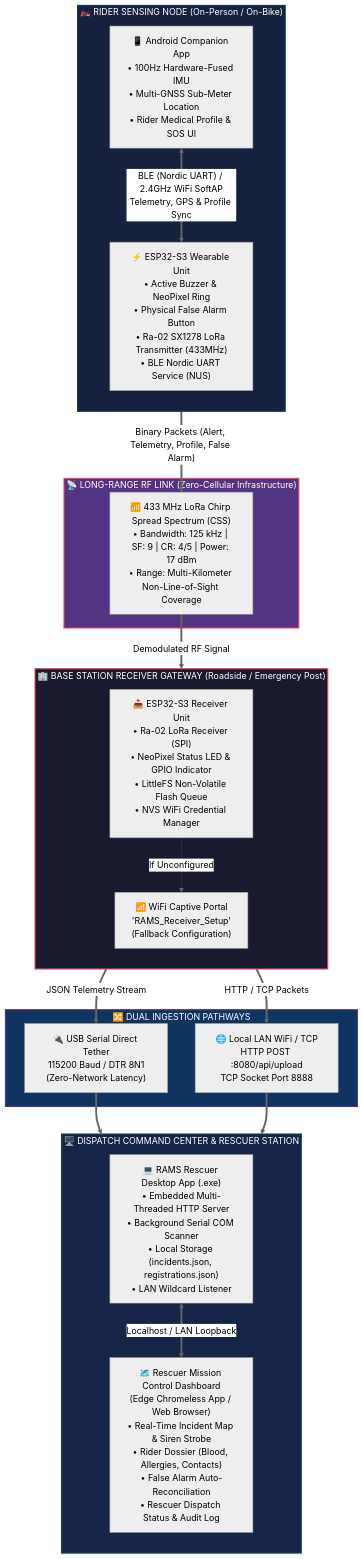
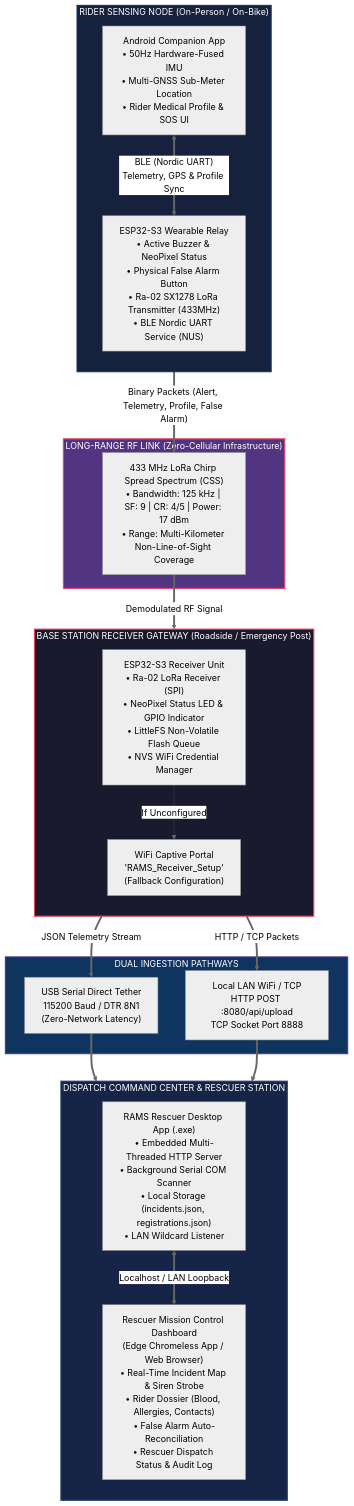
Before and after one commit to JanClyde05/Road-Accident-Monitoring-System: the first of 7 diagrams in docs/MD Files/System_Flow_Flowchart.md, drawn with Mermaid (neutral theme). The commit also changed other lines of this file and 22 other files, not shown here.

````diff
--- a/docs/MD Files/System_Flow_Flowchart.md
+++ b/docs/MD Files/System_Flow_Flowchart.md
@@ -13,45 +21,45 @@
 ```mermaid
 flowchart TB
-    subgraph SENSING_NODE["🏍️ RIDER SENSING NODE (On-Person / On-Bike)"]
+    subgraph SENSING_NODE["RIDER SENSING NODE (On-Person / On-Bike)"]
         direction TB
-        PHONE["📱 Android Companion App\n• 100Hz Hardware-Fused IMU\n• Multi-GNSS Sub-Meter Location\n• Rider Medical Profile & SOS UI"]
-        WEARABLE["⚡ ESP32-S3 Wearable Unit\n• Active Buzzer & NeoPixel Ring\n• Physical False Alarm Button\n• Ra-02 SX1278 LoRa Transmitter (433MHz)\n• BLE Nordic UART Service (NUS)"]
-        PHONE <== "BLE (Nordic UART) / 2.4GHz WiFi SoftAP\nTelemetry, GPS & Profile Sync" ==> WEARABLE
+        PHONE["Android Companion App\n• 50Hz Hardware-Fused IMU\n• Multi-GNSS Sub-Meter Location\n• Rider Medical Profile & SOS UI"]
+        WEARABLE["ESP32-S3 Wearable Relay\n• Active Buzzer & NeoPixel Status\n• Physical False Alarm Button\n• Ra-02 SX1278 LoRa Transmitter (433MHz)\n• BLE Nordic UART Service (NUS)"]
+        PHONE <== "BLE (Nordic UART)\nTelemetry, GPS & Profile Sync" ==> WEARABLE
     end
 
-    subgraph RF_TRANSMISSION["📡 LONG-RANGE RF LINK (Zero-Cellular Infrastructure)"]
-        LORA_AIR["📶 433 MHz LoRa Chirp Spread Spectrum (CSS)\n• Bandwidth: 125 kHz | SF: 9 | CR: 4/5 | Power: 17 dBm\n• Range: Multi-Kilometer Non-Line-of-Sight Coverage"]
+    subgraph RF_TRANSMISSION["LONG-RANGE RF LINK (Zero-Cellular Infrastructure)"]
+        LORA_AIR["433 MHz LoRa Chirp Spread Spectrum (CSS)\n• Bandwidth: 125 kHz | SF: 9 | CR: 4/5 | Power: 17 dBm\n• Range: Multi-Kilometer Non-Line-of-Sight Coverage"]
     end
 
-    subgraph RECEIVER_GATEWAY["🏢 BASE STATION RECEIVER GATEWAY (Roadside / Emergency Post)"]
+    subgraph RECEIVER_GATEWAY["BASE STATION RECEIVER GATEWAY (Roadside / Emergency Post)"]
         direction TB
-        RX_CORE["📥 ESP32-S3 Receiver Unit\n• Ra-02 LoRa Receiver (SPI)\n• NeoPixel Status LED & GPIO Indicator\n• LittleFS Non-Volatile Flash Queue\n• NVS WiFi Credential Manager"]
-        AP_PORTAL["📶 WiFi Captive Portal\n'RAMS_Receiver_Setup'\n(Fallback Configuration)"]
+        RX_CORE["ESP32-S3 Receiver Unit\n• Ra-02 LoRa Receiver (SPI)\n• NeoPixel Status LED & GPIO Indicator\n• LittleFS Non-Volatile Flash Queue\n• NVS WiFi Credential Manager"]
+        AP_PORTAL["WiFi Captive Portal\n'RAMS_Receiver_Setup'\n(Fallback Configuration)"]
         RX_CORE -. "If Unconfigured" .-> AP_PORTAL
     end
 
-    subgraph INGESTION_PATHWAYS["🔀 DUAL INGESTION PATHWAYS"]
-        USB_LINK["🔌 USB Serial Direct Tether\n115200 Baud / DTR 8N1\n(Zero-Network Latency)"]
-        LAN_LINK["🌐 Local LAN WiFi / TCP\nHTTP POST :8080/api/upload\nTCP Socket Port 8888"]
+    subgraph INGESTION_PATHWAYS["DUAL INGESTION PATHWAYS"]
+        USB_LINK["USB Serial Direct Tether\n115200 Baud / DTR 8N1\n(Zero-Network Latency)"]
+        LAN_LINK["Local LAN WiFi / TCP\nHTTP POST :8080/api/upload\nTCP Socket Port 8888"]
     end
 
-    subgraph COMMAND_CENTER["🖥️ DISPATCH COMMAND CENTER & RESCUER STATION"]
+    subgraph COMMAND_CENTER["DISPATCH COMMAND CENTER & RESCUER STATION"]
         direction TB
-        DESKTOP_EXE["💻 RAMS Rescuer Desktop App (.exe)\n• Embedded Multi-Threaded HTTP Server\n• Background Serial COM Scanner\n• Local Storage (incidents.json, registrations.json)\n• LAN Wildcard Listener"]
-        EDGE_DASHBOARD["🗺️ Rescuer Mission Control Dashboard\n(Edge Chromeless App / Web Browser)\n• Real-Time Incident Map & Siren Strobe\n• Rider Dossier (Blood, Allergies, Contacts)\n• False Alarm Auto-Reconciliation\n• Rescuer Dispatch Status & Audit Log"]
+        DESKTOP_EXE["RAMS Rescuer Desktop App (.exe)\n• Embedded Multi-Threaded HTTP Server\n• Background Serial COM Scanner\n• Local Storage (incidents.json, registrations.json)\n• LAN Wildcard Listener"]
+        EDGE_DASHBOARD["Rescuer Mission Control Dashboard\n(Edge Chromeless App / Web Browser)\n• Real-Time Incident Map & Siren Strobe\n• Rider Dossier (Blood, Allergies, Contacts)\n• False Alarm Auto-Reconciliation\n• Rescuer Dispatch Status & Audit Log"]
         DESKTOP_EXE <== "Localhost / LAN Loopback" ==> EDGE_DASHBOARD
     end
 
     WEARABLE ==>|"Binary Packets (Alert, Telemetry, Profile, False Alarm)"| LORA_AIR
     LORA_AIR ==>|"Demodulated RF Signal"| RX_CORE
     RX_CORE ==>|"JSON Telemetry Stream"| USB_LINK
     RX_CORE ==>|"HTTP / TCP Packets"| LAN_LINK
     USB_LINK ==> DESKTOP_EXE
     LAN_LINK ==> DESKTOP_EXE
 
     style SENSING_NODE fill:#16213e,stroke:#0f3460,stroke-width:2px,color:#fff
     style RF_TRANSMISSION fill:#533483,stroke:#e94560,stroke-width:2px,color:#fff
     style RECEIVER_GATEWAY fill:#1a1a2e,stroke:#e94560,stroke-width:2px,color:#fff
     style INGESTION_PATHWAYS fill:#0f3460,stroke:#533483,stroke-width:2px,color:#fff
     style COMMAND_CENTER fill:#162447,stroke:#1f4068,stroke-width:2px,color:#fff
 ```
````
